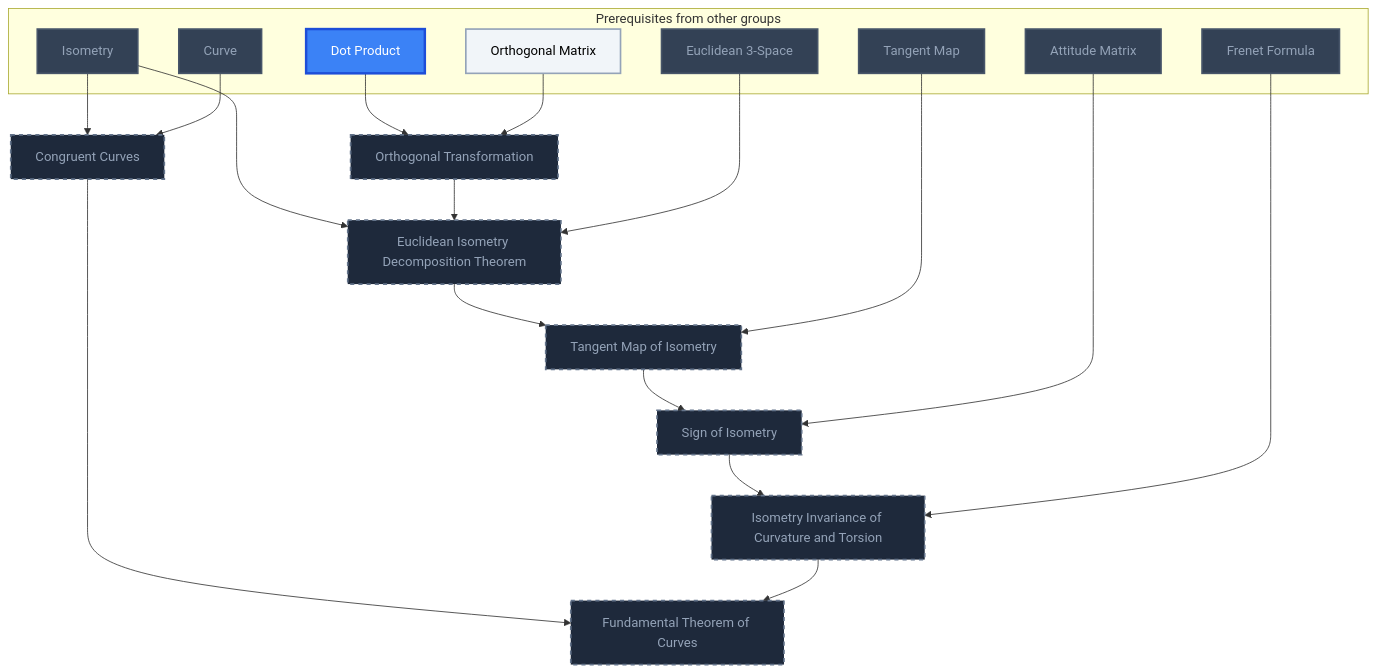
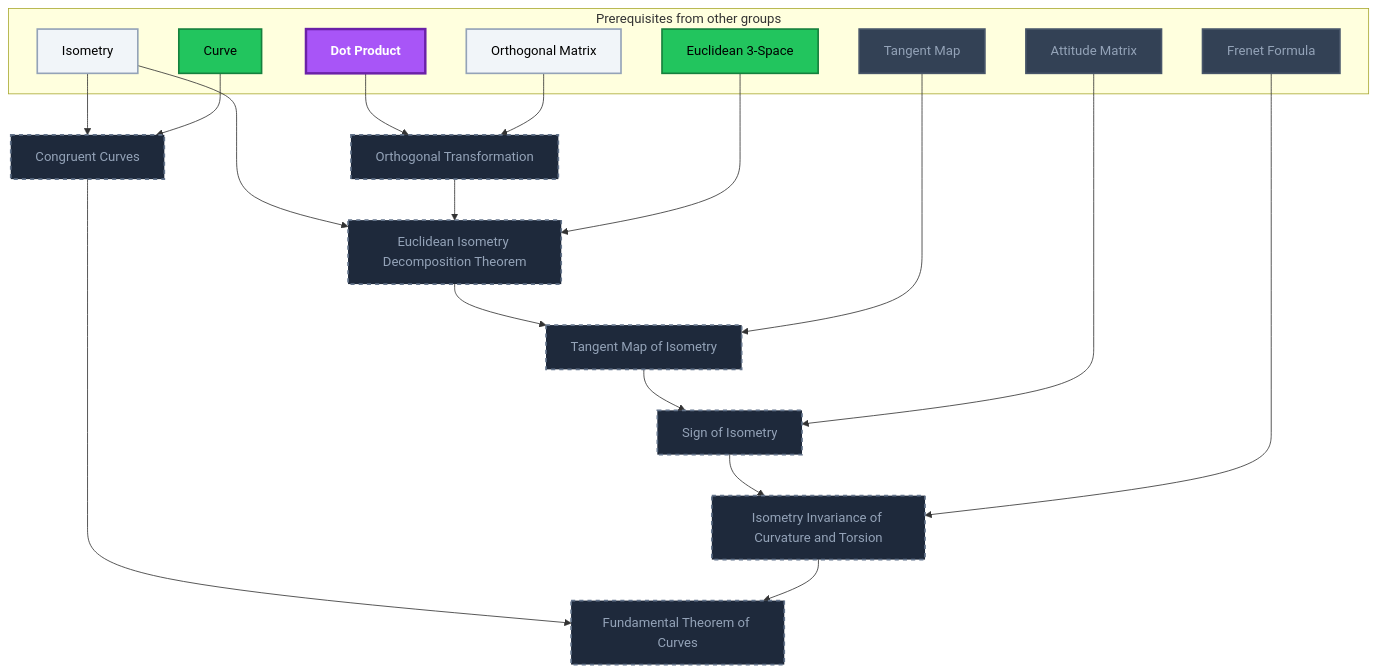
Before and after one commit to MRauf1/My-Notes: the sixth of 21 diagrams in Gamification/Skill Trees/Differential Geometry.md, drawn with Mermaid. The commit also changed other lines of this file and 145 other files, not shown here.

````diff
--- a/Gamification/Skill Trees/Differential Geometry.md
+++ b/Gamification/Skill Trees/Differential Geometry.md
@@ -595,49 +604,50 @@
 ```mermaid
 flowchart TD
     classDef planned fill:#1E293B,stroke:#64748B,stroke-width:2px,stroke-dasharray:5 5,color:#94A3B8;
     classDef locked fill:#334155,stroke:#475569,stroke-width:2px,color:#94A3B8;
     classDef L0 fill:#F1F5F9,stroke:#94A3B8,stroke-width:2px,color:#000000;
     classDef L1 fill:#22C55E,stroke:#15803D,stroke-width:2px,color:#000000;
     classDef L2 fill:#3B82F6,stroke:#1D4ED8,stroke-width:3px,color:#FFFFFF;
     classDef L3 fill:#A855F7,stroke:#6B21A8,stroke-width:3px,color:#FFFFFF,font-weight:bold;
     classDef L4 fill:#F97316,stroke:#C2410C,stroke-width:4px,color:#000000,font-weight:bold;
     classDef L5 fill:#FFD700,stroke:#FF8C00,stroke-width:5px,color:#000000,font-weight:bold;
     classDef rusty stroke:#8B4513,stroke-width:4px,stroke-dasharray:3 3;
     subgraph sg_prereqs["Prerequisites from other groups"]
         n_dot_product["Dot Product"]
         n_orthogonal_matrix["Orthogonal Matrix"]
         n_isometry["Isometry"]
         n_euclidean_3_space["Euclidean 3-Space"]
         n_tangent_map["Tangent Map"]
         n_attitude_matrix["Attitude Matrix"]
         n_frenet_formula["Frenet Formula"]
         n_curve["Curve"]
     end
     n_orthogonal_transformation["Orthogonal Transformation"]
     n_euclidean_isometry_decomposition_theorem["Euclidean Isometry Decomposition Theorem"]
     n_tangent_map_of_isometry["Tangent Map of Isometry"]
     n_sign_of_isometry["Sign of Isometry"]
     n_isometry_invariance_of_curvature_and_torsion["Isometry Invariance of Curvature and Torsion"]
     n_congruent_curves["Congruent Curves"]
     n_fundamental_theorem_of_curves["Fundamental Theorem of Curves"]
     n_dot_product --> n_orthogonal_transformation
     n_orthogonal_matrix --> n_orthogonal_transformation
     n_isometry --> n_euclidean_isometry_decomposition_theorem
     n_orthogonal_transformation --> n_euclidean_isometry_decomposition_theorem
     n_euclidean_3_space --> n_euclidean_isometry_decomposition_theorem
     n_euclidean_isometry_decomposition_theorem --> n_tangent_map_of_isometry
     n_tangent_map --> n_tangent_map_of_isometry
     n_tangent_map_of_isometry --> n_sign_of_isometry
     n_attitude_matrix --> n_sign_of_isometry
     n_sign_of_isometry --> n_isometry_invariance_of_curvature_and_torsion
     n_frenet_formula --> n_isometry_invariance_of_curvature_and_torsion
     n_isometry --> n_congruent_curves
     n_curve --> n_congruent_curves
     n_congruent_curves --> n_fundamental_theorem_of_curves
     n_isometry_invariance_of_curvature_and_torsion --> n_fundamental_theorem_of_curves
     class n_orthogonal_transformation,n_euclidean_isometry_decomposition_theorem,n_tangent_map_of_isometry,n_sign_of_isometry,n_isometry_invariance_of_curvature_and_torsion,n_congruent_curves,n_fundamental_theorem_of_curves planned;
-    class n_isometry,n_euclidean_3_space,n_tangent_map,n_attitude_matrix,n_frenet_formula,n_curve locked;
-    class n_orthogonal_matrix L0;
-    class n_dot_product L2;
+    class n_tangent_map,n_attitude_matrix,n_frenet_formula locked;
+    class n_orthogonal_matrix,n_isometry L0;
+    class n_euclidean_3_space,n_curve L1;
+    class n_dot_product L3;
     class n_dot_product,n_orthogonal_matrix,n_isometry,n_euclidean_3_space,n_tangent_map,n_attitude_matrix,n_frenet_formula,n_curve internal-link;
 ```
````
